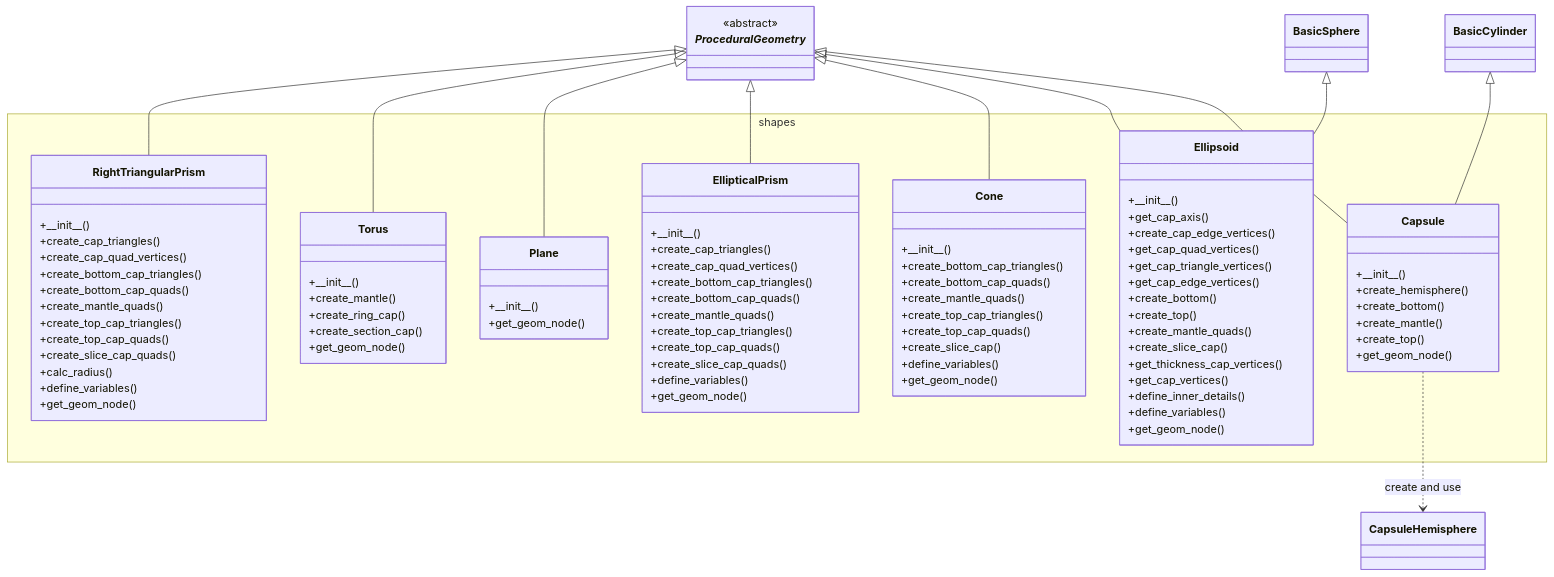
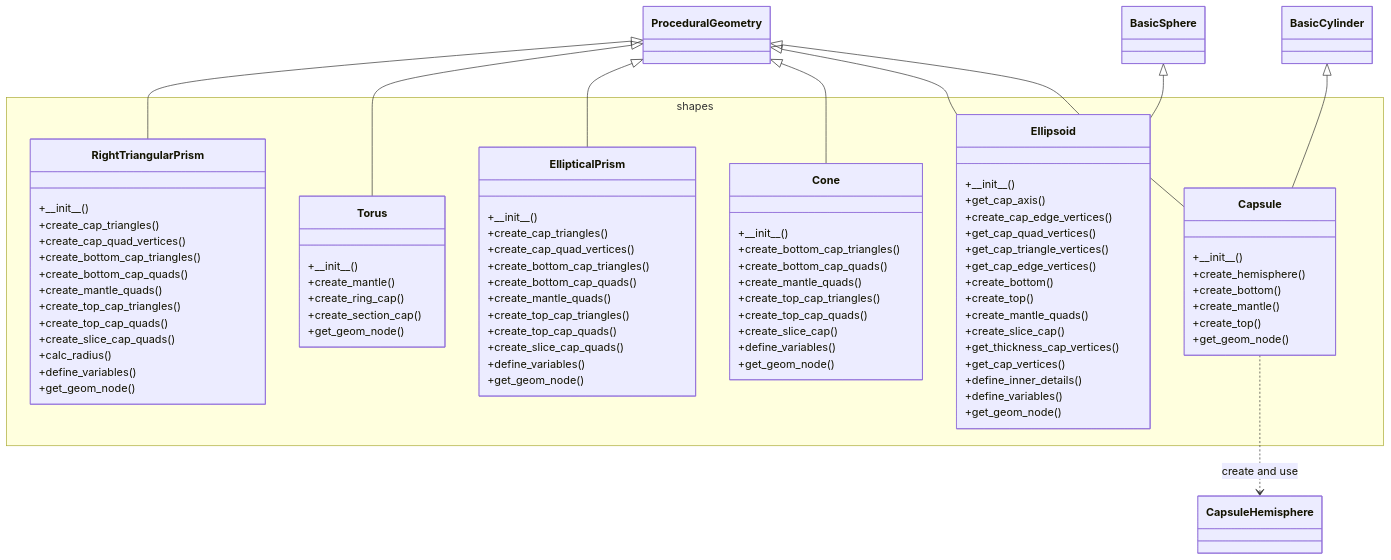
One commit to taKana671/shapes changed the sixth of 7 diagrams in README.md. Above: the diagram before and after it, drawn with Mermaid. The commit also changed other lines of this file, not shown here.

````diff
--- a/README.md
+++ b/README.md
@@ -471,8 +501,7 @@
 ```mermaid
 classDiagram
+  class ProceduralGeometry{
 
-  class _ProceduralGeometry_{
-    <<abstract>>
   }
   
   namespace shapes {
@@ -508,11 +537,6 @@
       +create_slice_cap_quads()
       +calc_radius()
       +define_variables()
-      +get_geom_node()
-    }
-
-    class Plane {
-      +\_\_init\_\_()
       +get_geom_node()
     }
 
@@ -559,16 +583,15 @@
   }
   
   BasicCylinder <|-- Capsule
-  _ProceduralGeometry_ <|-- Capsule
+  ProceduralGeometry <|-- Capsule
   Capsule ..> CapsuleHemisphere : create and use
 
-  _ProceduralGeometry_ <|-- Ellipsoid
+  ProceduralGeometry <|-- Ellipsoid
   BasicSphere <|-- Ellipsoid
 
-  _ProceduralGeometry_ <|-- Cone
-  _ProceduralGeometry_ <|-- EllipticalPrism
-  _ProceduralGeometry_ <|-- Plane
-  _ProceduralGeometry_ <|-- Torus
-  _ProceduralGeometry_ <|-- RightTriangularPrism
+  ProceduralGeometry <|-- Cone
+  ProceduralGeometry <|-- EllipticalPrism
+  ProceduralGeometry <|-- Torus
+  ProceduralGeometry <|-- RightTriangularPrism
   
 ```
````
